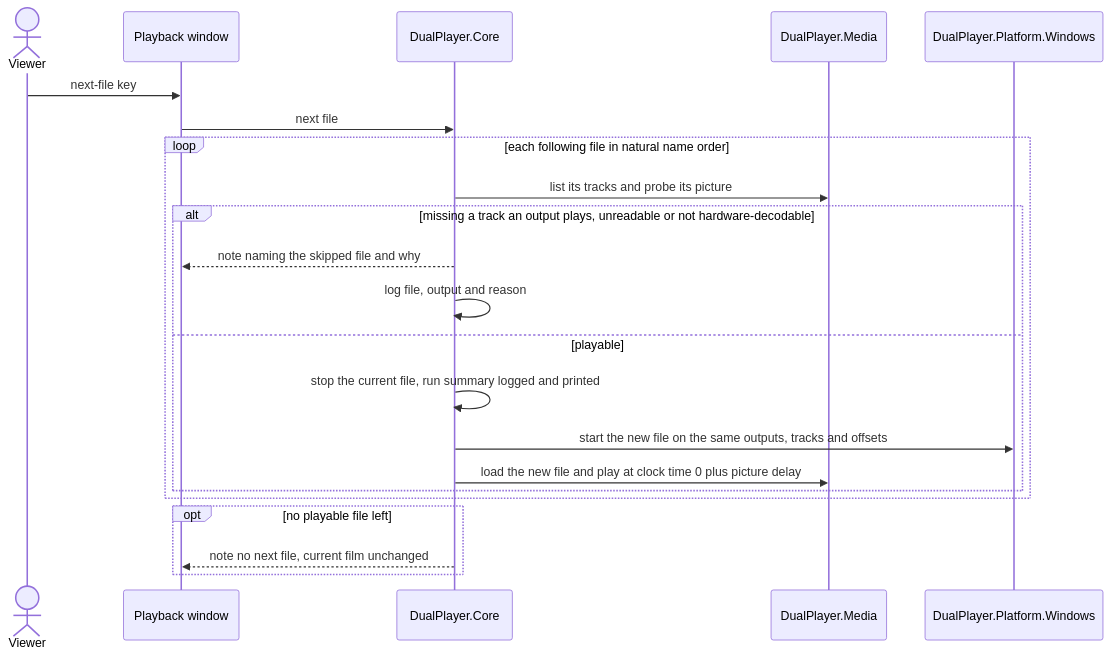
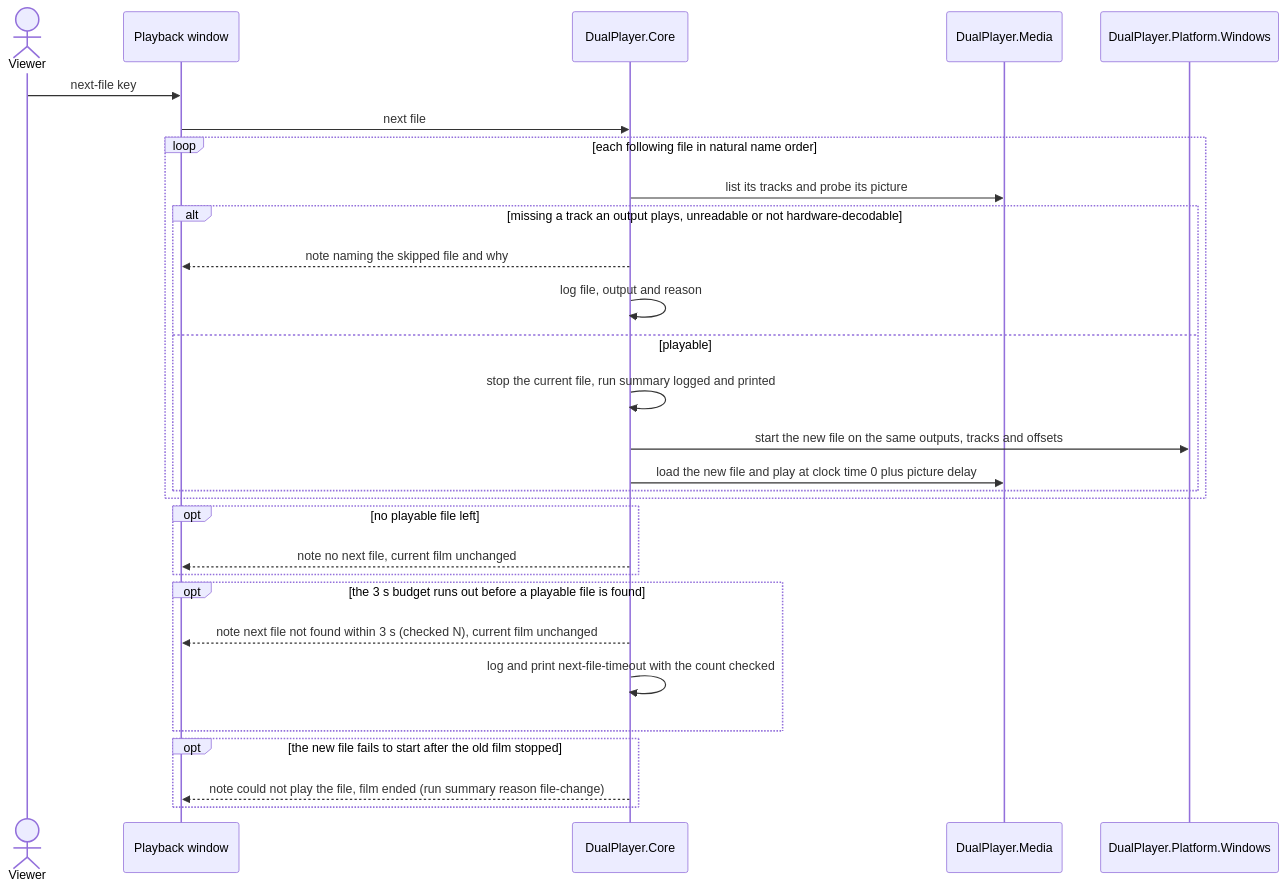
One commit to PulsarV/DualPlayer changed the fifth of 11 diagrams in docs/features/lip-synced-video/sad.md. Above: the diagram before and after it, drawn with Mermaid. The commit also changed other lines of this file and 13 other files, not shown here.

First line of the commit message:
implement: lip-synced-video T101 Bring cli.md, ux-flows, sad flow 3, SCR-02 and test-plan in step with the code, and test Esc after every end cause

````diff
--- a/docs/features/lip-synced-video/sad.md
+++ b/docs/features/lip-synced-video/sad.md
@@ -290,24 +290,31 @@
 ```mermaid
 sequenceDiagram
     actor Viewer
     participant Window as Playback window
     participant Core as DualPlayer.Core
     participant Media as DualPlayer.Media
     participant Platform as DualPlayer.Platform.Windows
     Viewer->>Window: next-file key
     Window->>Core: next file
     loop each following file in natural name order
         Core->>Media: list its tracks and probe its picture
         alt missing a track an output plays, unreadable or not hardware-decodable
             Core-->>Window: note naming the skipped file and why
             Core->>Core: log file, output and reason
         else playable
             Core->>Core: stop the current file, run summary logged and printed
             Core->>Platform: start the new file on the same outputs, tracks and offsets
             Core->>Media: load the new file and play at clock time 0 plus picture delay
         end
     end
     opt no playable file left
         Core-->>Window: note no next file, current film unchanged
     end
+    opt the 3 s budget runs out before a playable file is found
+        Core-->>Window: note next file not found within 3 s (checked N), current film unchanged
+        Core->>Core: log and print next-file-timeout with the count checked
+    end
+    opt the new file fails to start after the old film stopped
+        Core-->>Window: note could not play the file, film ended (run summary reason file-change)
+    end
 ```
````
